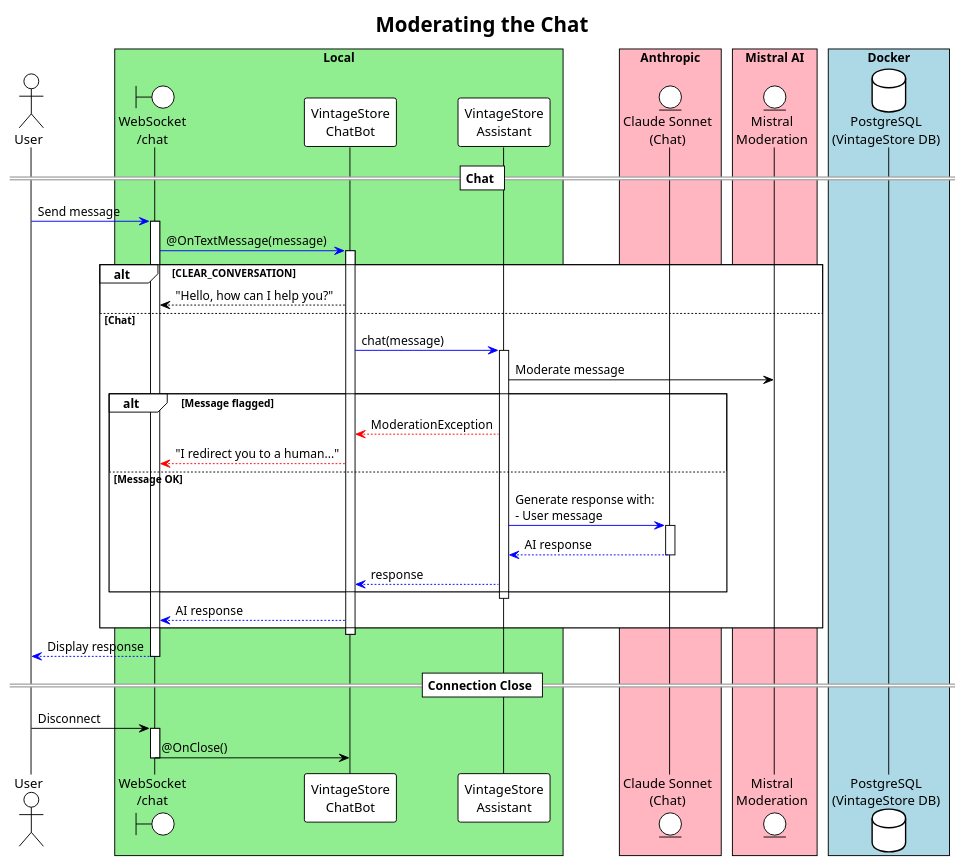
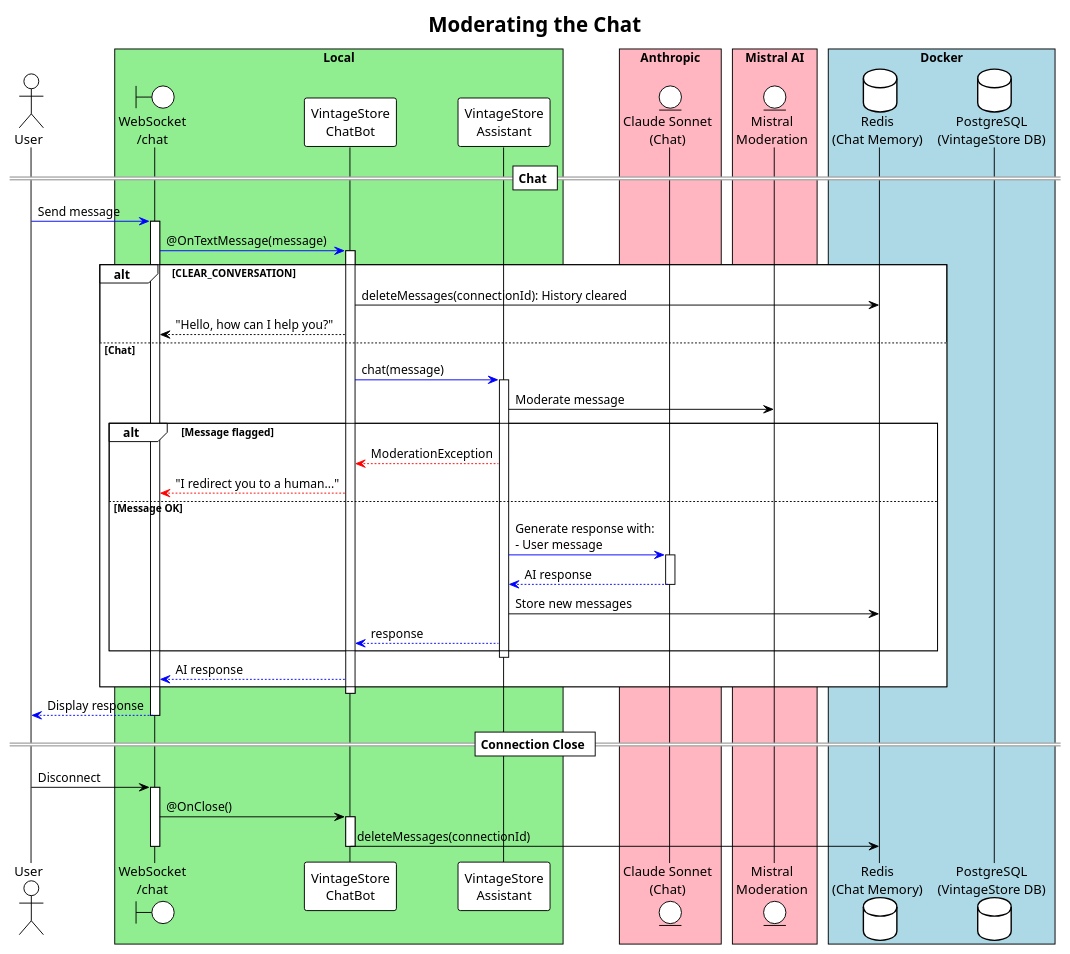
One commit to agoncal/agoncal-application-vintagestore changed the diagram in docs/puml/30-moderation.puml. Above: the diagram before and after it, drawn with PlantUML.

```diff
--- a/docs/puml/30-moderation.puml
+++ b/docs/puml/30-moderation.puml
@@ -1,61 +1,67 @@
 @startuml
 !theme plain
 title Moderating the Chat
 
 actor User
 box "Local" #LightGreen
 boundary "WebSocket\n/chat" as WS
 participant "VintageStore\nChatBot" as ChatBot
 participant "VintageStore\nAssistant" as Assistant
 end box
 box "Anthropic" #LightPink
 entity "Claude Sonnet\n(Chat)" as Anthropic
 end box
 box "Mistral AI" #LightPink
 entity "Mistral\nModeration" as Mistral
 end box
 box "Docker" #LightBlue
+database "Redis\n(Chat Memory)" as Redis
 database "PostgreSQL\n(VintageStore DB)" as PostgreSQL
 end box
 
 == Chat ==
 User -[#blue]> WS: Send message
 activate WS
 WS -[#blue]> ChatBot: @OnTextMessage(message)
 activate ChatBot
 
 alt CLEAR_CONVERSATION
+    ChatBot -> Redis: deleteMessages(connectionId): History cleared
     ChatBot --> WS: "Hello, how can I help you?"
 else Chat
     ChatBot -[#blue]> Assistant: chat(message)
     activate Assistant
     Assistant -> Mistral: Moderate message
 
     alt Message flagged
         Assistant -[#red]-> ChatBot: ModerationException
         ChatBot -[#red]-> WS: "I redirect you to a human..."
     else Message OK
 
         Assistant -[#blue]> Anthropic: Generate response with:\n- User message
         activate Anthropic
         Anthropic -[#blue]-> Assistant: AI response
         deactivate Anthropic
 
+        Assistant -> Redis: Store new messages
         Assistant -[#blue]-> ChatBot: response
     end
     deactivate Assistant
 
     ChatBot -[#blue]-> WS: AI response
 end
 deactivate ChatBot
 
 WS -[#blue]-> User: Display response
 deactivate WS
 
 == Connection Close ==
 User -> WS: Disconnect
 activate WS
 WS -> ChatBot: @OnClose()
+activate ChatBot
+ChatBot -> Redis: deleteMessages(connectionId)
+deactivate ChatBot
 deactivate WS
 
 @enduml
```
